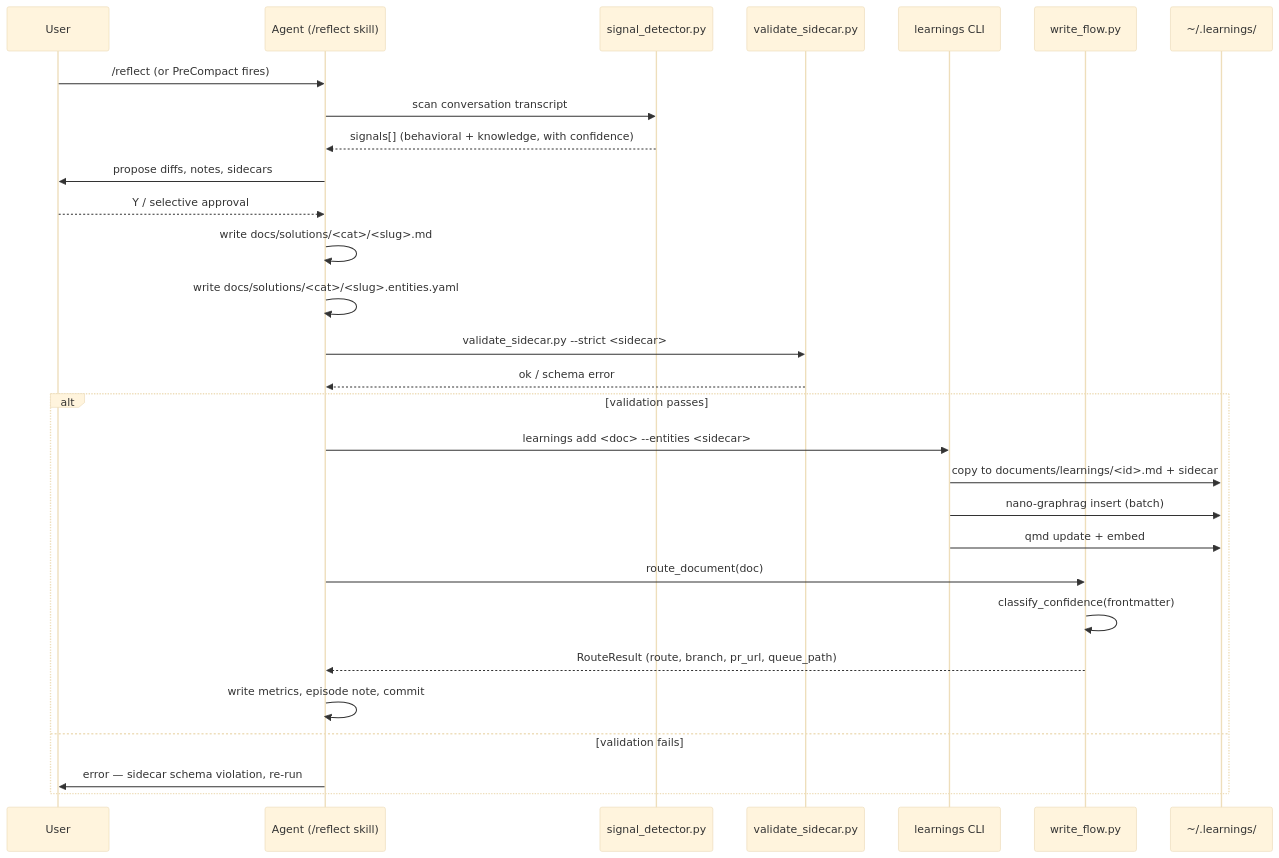
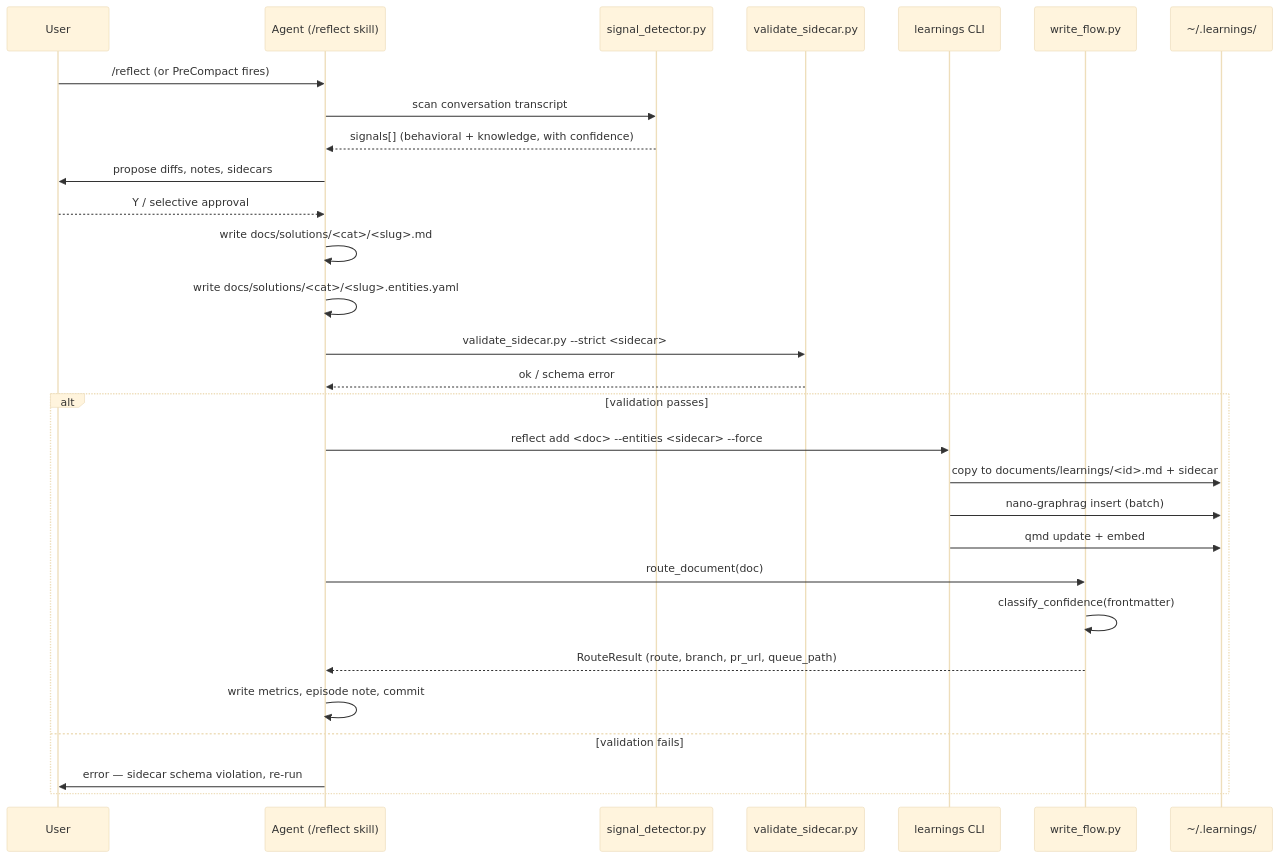
One commit to stevengonsalvez/ainb-toolkit changed the second of 6 diagrams in packages/plugins/reflect/docs/architecture.md. Above: the diagram before and after it, drawn with Mermaid (base theme). The commit also changed other lines of this file and 6 other files, not shown here.

First line of the commit message:
chore(reflect-plugin): purge legacy LEARNINGS_CLI from config + docs

````diff
--- a/packages/plugins/reflect/docs/architecture.md
+++ b/packages/plugins/reflect/docs/architecture.md
@@ -295,32 +295,32 @@
 ```mermaid
 sequenceDiagram
     participant U as User
     participant A as Agent (/reflect skill)
     participant SD as signal_detector.py
     participant V as validate_sidecar.py
     participant LC as learnings CLI
     participant WF as write_flow.py
     participant KB as ~/.learnings/
 
     U->>A: /reflect (or PreCompact fires)
     A->>SD: scan conversation transcript
     SD-->>A: signals[] (behavioral + knowledge, with confidence)
     A->>U: propose diffs, notes, sidecars
     U-->>A: Y / selective approval
     A->>A: write docs/solutions/<cat>/<slug>.md
     A->>A: write docs/solutions/<cat>/<slug>.entities.yaml
     A->>V: validate_sidecar.py --strict <sidecar>
     V-->>A: ok / schema error
     alt validation passes
-        A->>LC: learnings add <doc> --entities <sidecar>
+        A->>LC: reflect add <doc> --entities <sidecar> --force
         LC->>KB: copy to documents/learnings/<id>.md + sidecar
         LC->>KB: nano-graphrag insert (batch)
         LC->>KB: qmd update + embed
         A->>WF: route_document(doc)
         WF->>WF: classify_confidence(frontmatter)
         WF-->>A: RouteResult (route, branch, pr_url, queue_path)
         A->>A: write metrics, episode note, commit
     else validation fails
         A->>U: error — sidecar schema violation, re-run
     end
 ```
````
